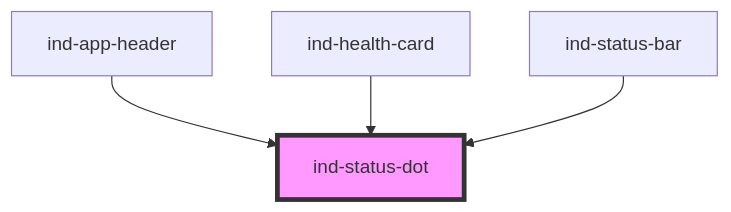
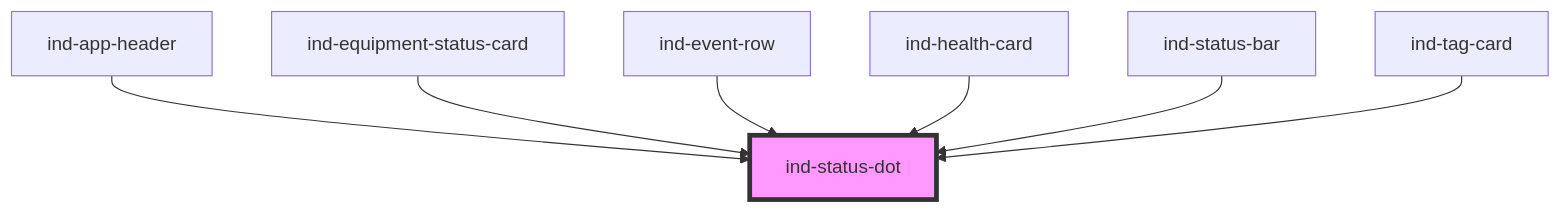
One commit to christophe77/in-ds changed the diagram in packages/core/src/components/atoms/status-dot/readme.md. Above: the diagram before and after it, drawn with Mermaid. The commit also changed other lines of this file and 113 other files, not shown here.

````diff
--- a/packages/core/src/components/atoms/status-dot/readme.md
+++ b/packages/core/src/components/atoms/status-dot/readme.md
@@ -27,7 +30,10 @@
 ```mermaid
 graph TD;
   ind-app-header --> ind-status-dot
+  ind-equipment-status-card --> ind-status-dot
+  ind-event-row --> ind-status-dot
   ind-health-card --> ind-status-dot
   ind-status-bar --> ind-status-dot
+  ind-tag-card --> ind-status-dot
   style ind-status-dot fill:#f9f,stroke:#333,stroke-width:4px
 ```
````
